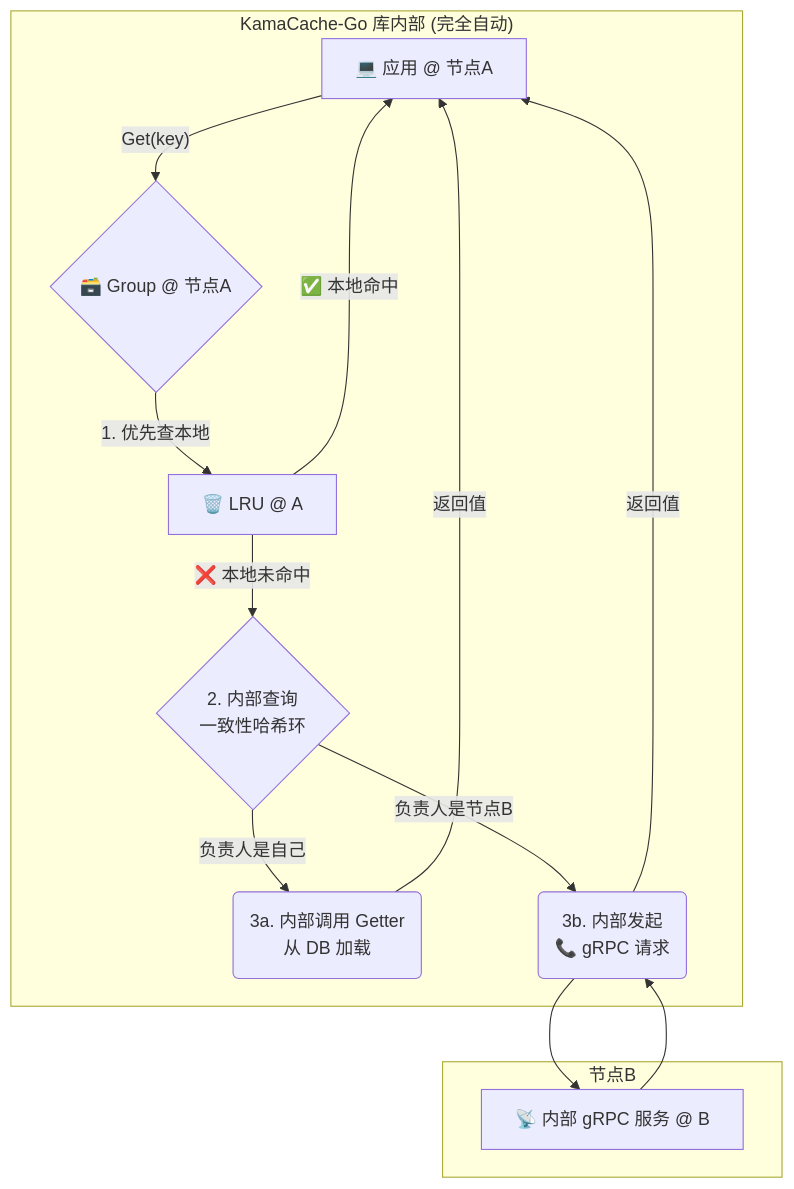
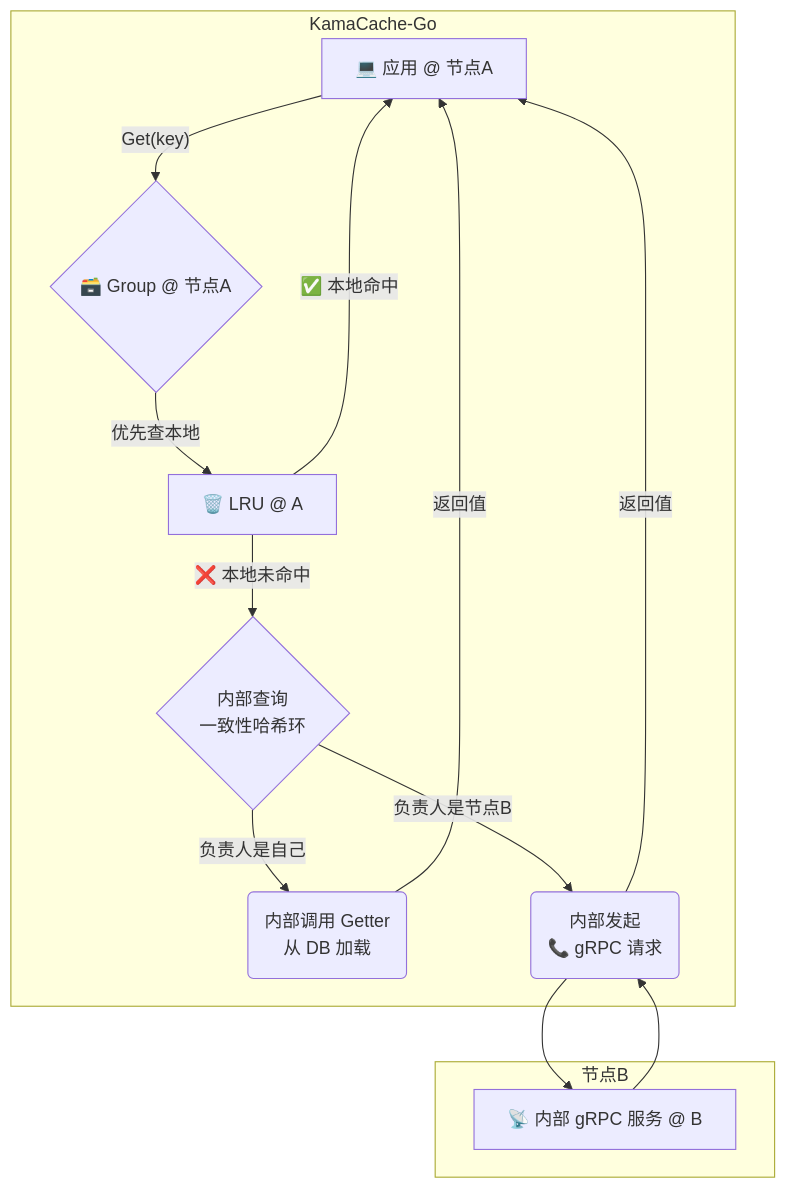
Before and after one commit to Rson9/kamaCache: the second of 2 diagrams in README.md, drawn with Mermaid.

Commit message:
docs: 更新文档

````diff
--- a/README.md
+++ b/README.md
@@ -57,21 +57,21 @@
 ```mermaid
 graph TD
     Client[💻 应用 @ 节点A] -- Get(key) --> GA{🗃️ Group @ 节点A}
   
-    subgraph "KamaCache-Go 库内部 (完全自动)"
-        GA -- 1. 优先查本地 --> CA[🗑️ LRU @ A]
+     subgraph "KamaCache-Go"
+        GA -- 优先查本地 --> CA[🗑️ LRU @ A]
         CA -- ✅ 本地命中 --> Client
-        CA -- ❌ 本地未命中 --> Pick{2. 内部查询<br>一致性哈希环}
-        Pick -- 负责人是自己 --> Load(3a. 内部调用 Getter<br>从 DB 加载)
+        CA -- ❌ 本地未命中 --> Pick{内部查询<br>一致性哈希环}
+        Pick -- 负责人是自己 --> Load(内部调用 Getter<br>从 DB 加载)
         Load -- 返回值 --> Client
-        Pick -- 负责人是节点B --> gRPCClient(3b. 内部发起<br>📞 gRPC 请求)
+        Pick -- 负责人是节点B --> gRPCClient(内部发起<br>📞 gRPC 请求)
     end
 
     subgraph 节点B
         gRPCServer[📡 内部 gRPC 服务 @ B]
     end
 
     gRPCClient --> gRPCServer
     gRPCServer --> gRPCClient
     gRPCClient -- 返回值 --> Client
 ```
````
